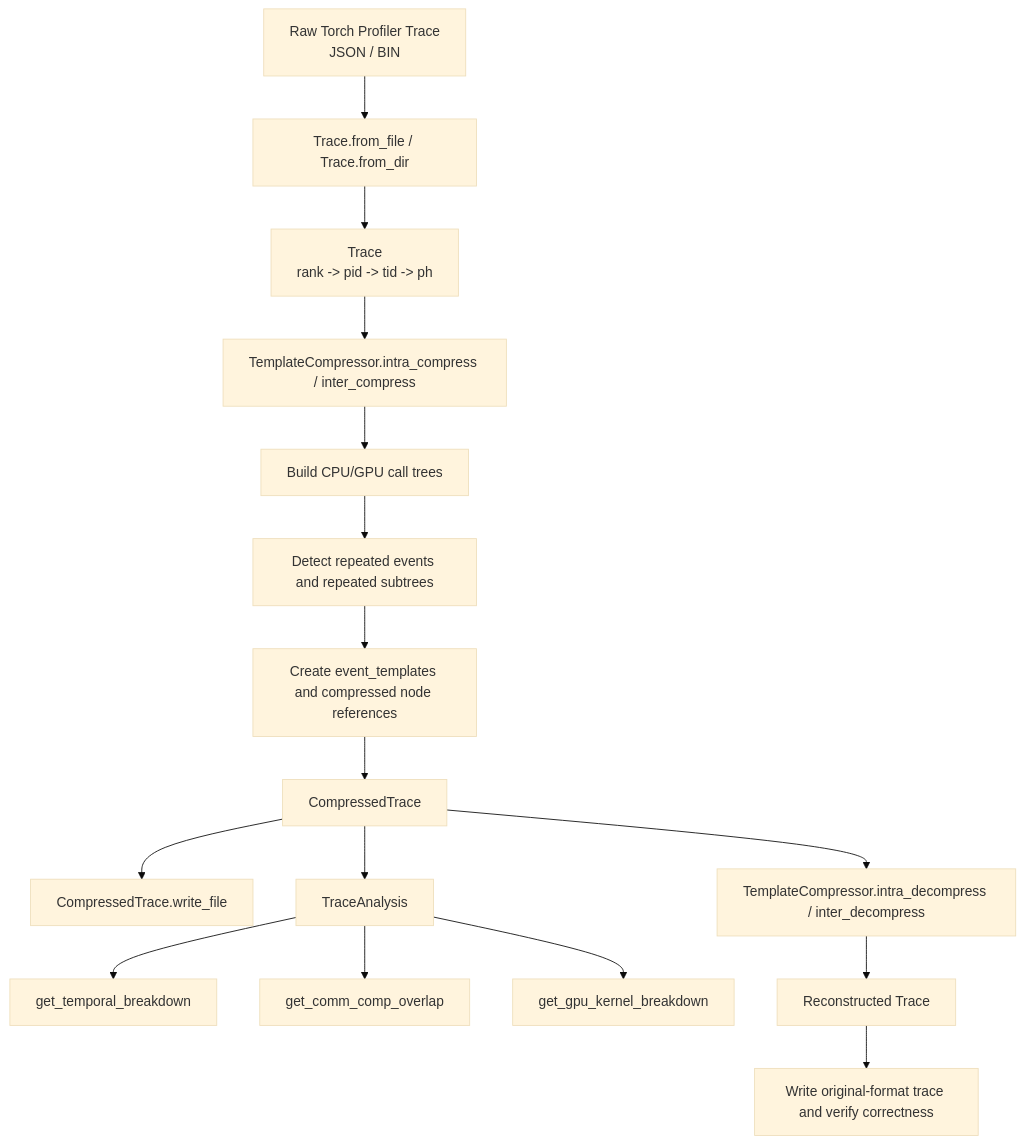
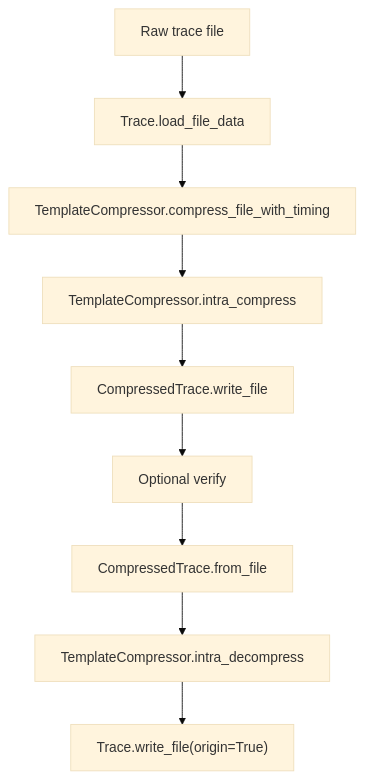
Before and after one commit to yuyangJin/PerFlow-AI: the first of 3 diagrams in perflowai/padoc/README.md, drawn with Mermaid (base theme). The commit also changed other lines of this file and 8 other files, not shown here.

````diff
--- a/perflowai/padoc/README.md
+++ b/perflowai/padoc/README.md
@@ -59,22 +129,11 @@
 ```mermaid
 flowchart TD
-    A["Raw Torch Profiler Trace<br/>JSON / BIN"] --> B["Trace.from_file / Trace.from_dir"]
-    B --> C["Trace<br/>rank -> pid -> tid -> ph"]
-    C --> D["TemplateCompressor.intra_compress / inter_compress"]
-
-    D --> D1["Build CPU/GPU call trees"]
-    D1 --> D2["Detect repeated events and repeated subtrees"]
-    D2 --> D3["Create event_templates and compressed node references"]
-    D3 --> E["CompressedTrace"]
-
-    E --> F["CompressedTrace.write_file"]
-    E --> G["TraceAnalysis"]
-
-    G --> G1["get_temporal_breakdown"]
-    G --> G2["get_comm_comp_overlap"]
-    G --> G3["get_gpu_kernel_breakdown"]
-
-    E --> H["TemplateCompressor.intra_decompress / inter_decompress"]
-    H --> I["Reconstructed Trace"]
-    I --> J["Write original-format trace and verify correctness"]
+    A["Raw trace file"] --> B["Trace.load_file_data"]
+    B --> C["TemplateCompressor.compress_file_with_timing"]
+    C --> D["TemplateCompressor.intra_compress"]
+    D --> E["CompressedTrace.write_file"]
+    E --> F["Optional verify"]
+    F --> G["CompressedTrace.from_file"]
+    G --> H["TemplateCompressor.intra_decompress"]
+    H --> I["Trace.write_file(origin=True)"]
 ```
````
